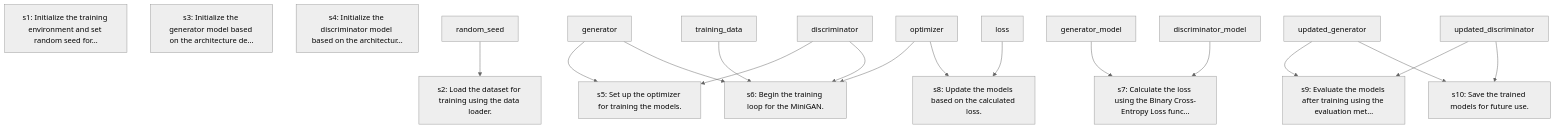
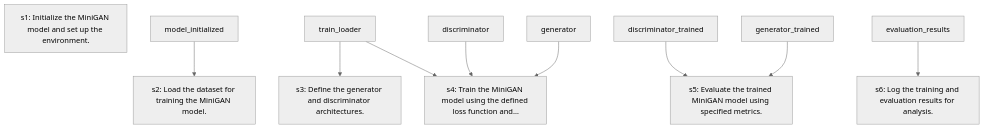
The diagram in samples/simple_gan/precomputed/dag.mmd (Yukieos/paper2code-plus), drawn with Mermaid (neutral theme) before and after one commit. The commit also changed 37 other files, not shown here.

```diff
--- a/samples/simple_gan/precomputed/dag.mmd
+++ b/samples/simple_gan/precomputed/dag.mmd
@@ -1,26 +1,15 @@
 flowchart TD
-  s1["s1: Initialize the training environment and set random seed for…"]
-  s2["s2: Load the dataset for training using the data loader."]
-  s3["s3: Initialize the generator model based on the architecture de…"]
-  s4["s4: Initialize the discriminator model based on the architectur…"]
-  s5["s5: Set up the optimizer for training the models."]
-  s6["s6: Begin the training loop for the MiniGAN."]
-  s7["s7: Calculate the loss using the Binary Cross-Entropy Loss func…"]
-  s8["s8: Update the models based on the calculated loss."]
-  s9["s9: Evaluate the models after training using the evaluation met…"]
-  s10["s10: Save the trained models for future use."]
-  random_seed --> s2
-  generator --> s5
-  discriminator --> s5
-  training_data --> s6
-  generator --> s6
-  discriminator --> s6
-  optimizer --> s6
-  generator_model --> s7
-  discriminator_model --> s7
-  loss --> s8
-  optimizer --> s8
-  updated_generator --> s9
-  updated_discriminator --> s9
-  updated_generator --> s10
-  updated_discriminator --> s10
+  s1["s1: Initialize the MiniGAN model and set up the environment."]
+  s2["s2: Load the dataset for training the MiniGAN model."]
+  s3["s3: Define the generator and discriminator architectures."]
+  s4["s4: Train the MiniGAN model using the defined loss function and…"]
+  s5["s5: Evaluate the trained MiniGAN model using specified metrics."]
+  s6["s6: Log the training and evaluation results for analysis."]
+  model_initialized --> s2
+  train_loader --> s3
+  generator --> s4
+  discriminator --> s4
+  train_loader --> s4
+  generator_trained --> s5
+  discriminator_trained --> s5
+  evaluation_results --> s6
```
